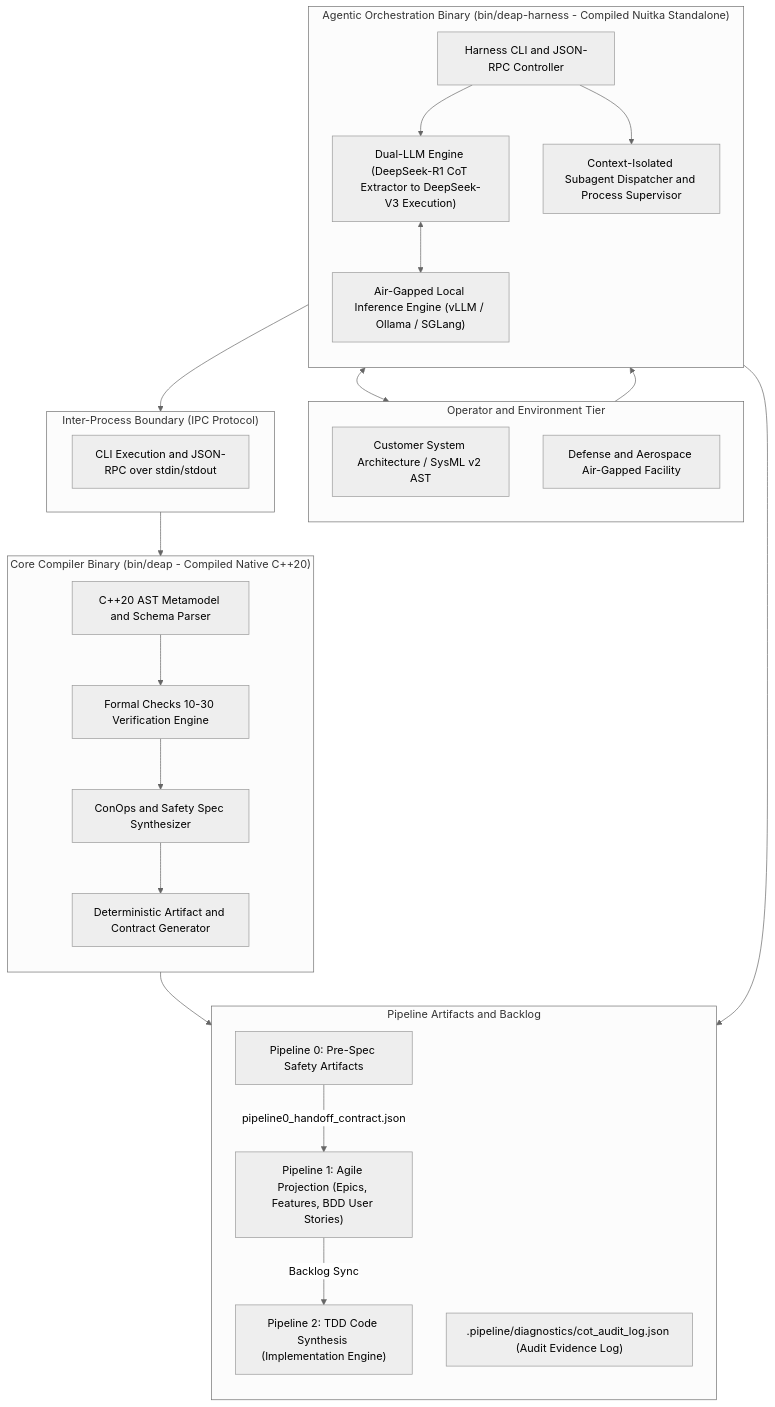
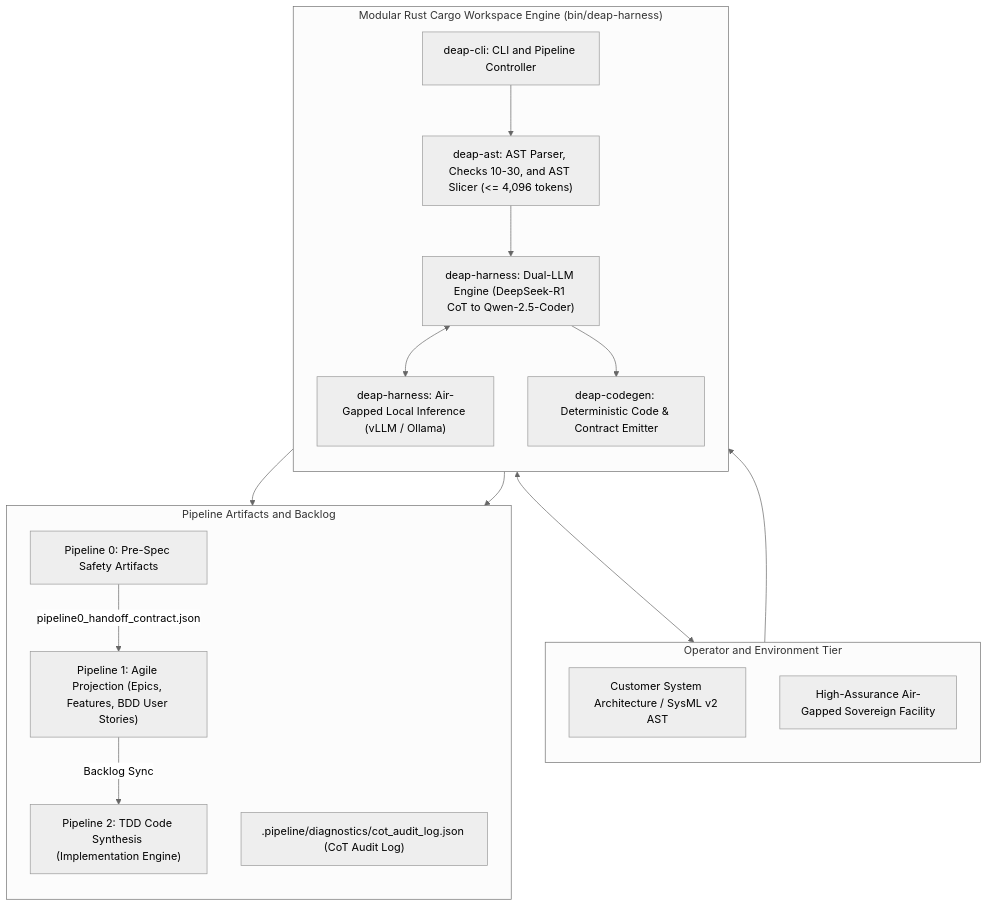
The first of 4 diagrams in docs/architecture/blueprints/DEAP_DEEPSEEK_HARNESS_INTEGRATION_BLUEPRINT.md (gintatkinson/DEAP01-spec-core), drawn with Mermaid (neutral theme) before and after one commit. The commit also changed other lines of this file and 34 other files, not shown here.

Commit message:
docs(architecture): decontaminate reference blueprints and establish master execution plan (refs #405, refs #406)

````diff
--- a/docs/architecture/blueprints/DEAP_DEEPSEEK_HARNESS_INTEGRATION_BLUEPRINT.md
+++ b/docs/architecture/blueprints/DEAP_DEEPSEEK_HARNESS_INTEGRATION_BLUEPRINT.md
@@ -26,54 +50,36 @@
 ```mermaid
 flowchart TD
     subgraph ClientLayer["Operator and Environment Tier"]
         direction TB
         InputIntent["Customer System Architecture / SysML v2 AST"]
-        SecureLab["Defense and Aerospace Air-Gapped Facility"]
+        SecureLab["High-Assurance Air-Gapped Sovereign Facility"]
     end
 
-    subgraph BinaryHarness["Agentic Orchestration Binary (bin/deap-harness - Compiled Nuitka Standalone)"]
+    subgraph CargoWorkspace["Modular Rust Cargo Workspace Engine (bin/deap-harness)"]
         direction TB
-        HarnessCLI["Harness CLI and JSON-RPC Controller"]
-        CoTEngine["Dual-LLM Engine (DeepSeek-R1 CoT Extractor to DeepSeek-V3 Execution)"]
-        ProviderBridge["Air-Gapped Local Inference Engine (vLLM / Ollama / SGLang)"]
-        SubagentRunner["Context-Isolated Subagent Dispatcher and Process Supervisor"]
-    end
-
-    subgraph ProcessBoundary["Inter-Process Boundary (IPC Protocol)"]
-        direction LR
-        IPCPipe["CLI Execution and JSON-RPC over stdin/stdout"]
-    end
-
-    subgraph BinaryCore["Core Compiler Binary (bin/deap - Compiled Native C++20)"]
-        direction TB
-        CoreParser["C++20 AST Metamodel and Schema Parser"]
-        ChecksEngine["Formal Checks 10-30 Verification Engine"]
-        ConOpsSynthesizer["ConOps and Safety Spec Synthesizer"]
-        ArtifactWriter["Deterministic Artifact and Contract Generator"]
+        HarnessCLI["deap-cli: CLI and Pipeline Controller"]
+        ASTSlicer["deap-ast: AST Parser, Checks 10-30, and AST Slicer (<= 4,096 tokens)"]
+        DualEngine["deap-harness: Dual-LLM Engine (DeepSeek-R1 CoT to Qwen-2.5-Coder)"]
+        ProviderBridge["deap-harness: Air-Gapped Local Inference (vLLM / Ollama)"]
+        CodeGen["deap-codegen: Deterministic Code & Contract Emitter"]
     end
 
     subgraph PipelineOutputs["Pipeline Artifacts and Backlog"]
         direction TB
         P0["Pipeline 0: Pre-Spec Safety Artifacts"]
         P1["Pipeline 1: Agile Projection (Epics, Features, BDD User Stories)"]
         P2["Pipeline 2: TDD Code Synthesis (Implementation Engine)"]
-        AuditLog[".pipeline/diagnostics/cot_audit_log.json (Audit Evidence Log)"]
+        AuditLog[".pipeline/diagnostics/cot_audit_log.json (CoT Audit Log)"]
     end
 
     InputIntent --> HarnessCLI
-    HarnessCLI --> CoTEngine
-    CoTEngine <--> ProviderBridge
+    HarnessCLI --> ASTSlicer
+    ASTSlicer --> DualEngine
+    DualEngine <--> ProviderBridge
     ProviderBridge <--> SecureLab
-    CoTEngine --> AuditLog
-
-    HarnessCLI --> SubagentRunner
-    SubagentRunner --> IPCPipe
-    IPCPipe --> CoreParser
-    CoreParser --> ChecksEngine
-    ChecksEngine --> ConOpsSynthesizer
-    ConOpsSynthesizer --> ArtifactWriter
-
-    ArtifactWriter --> P0
+    DualEngine --> AuditLog
+    DualEngine --> CodeGen
+    CodeGen --> P0
     P0 -->|"pipeline0_handoff_contract.json"| P1
     P1 -->|"Backlog Sync"| P2
 ```
````
